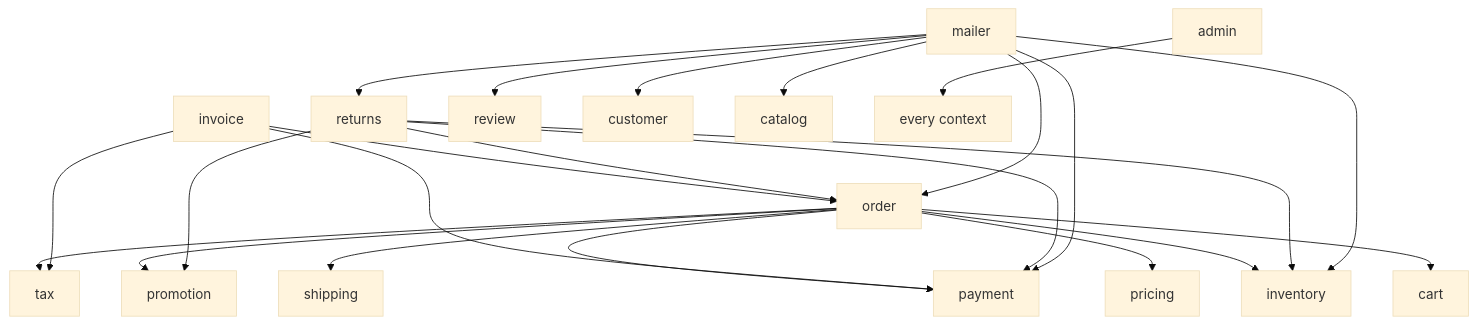
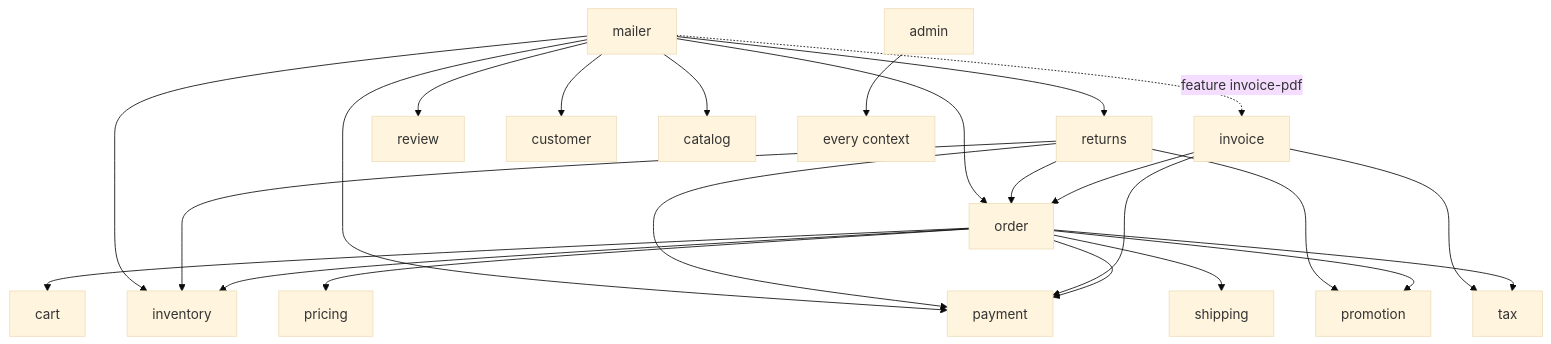
The first of 2 diagrams in docs/architecture.md (timayz/timada), drawn with Mermaid (base theme) before and after one commit. The commit also changed other lines of this file and 18 other files, not shown here.

````diff
--- a/docs/architecture.md
+++ b/docs/architecture.md
@@ -33,8 +33,9 @@
 ```mermaid
 graph TD
     order --> cart & inventory & payment & pricing & promotion & shipping & tax
     invoice --> order & payment & tax
     returns --> order & payment & inventory & promotion
     mailer --> order & payment & inventory & returns & review & customer & catalog
+    mailer -. feature invoice-pdf .-> invoice
     admin --> everything[every context]
 ```
````
